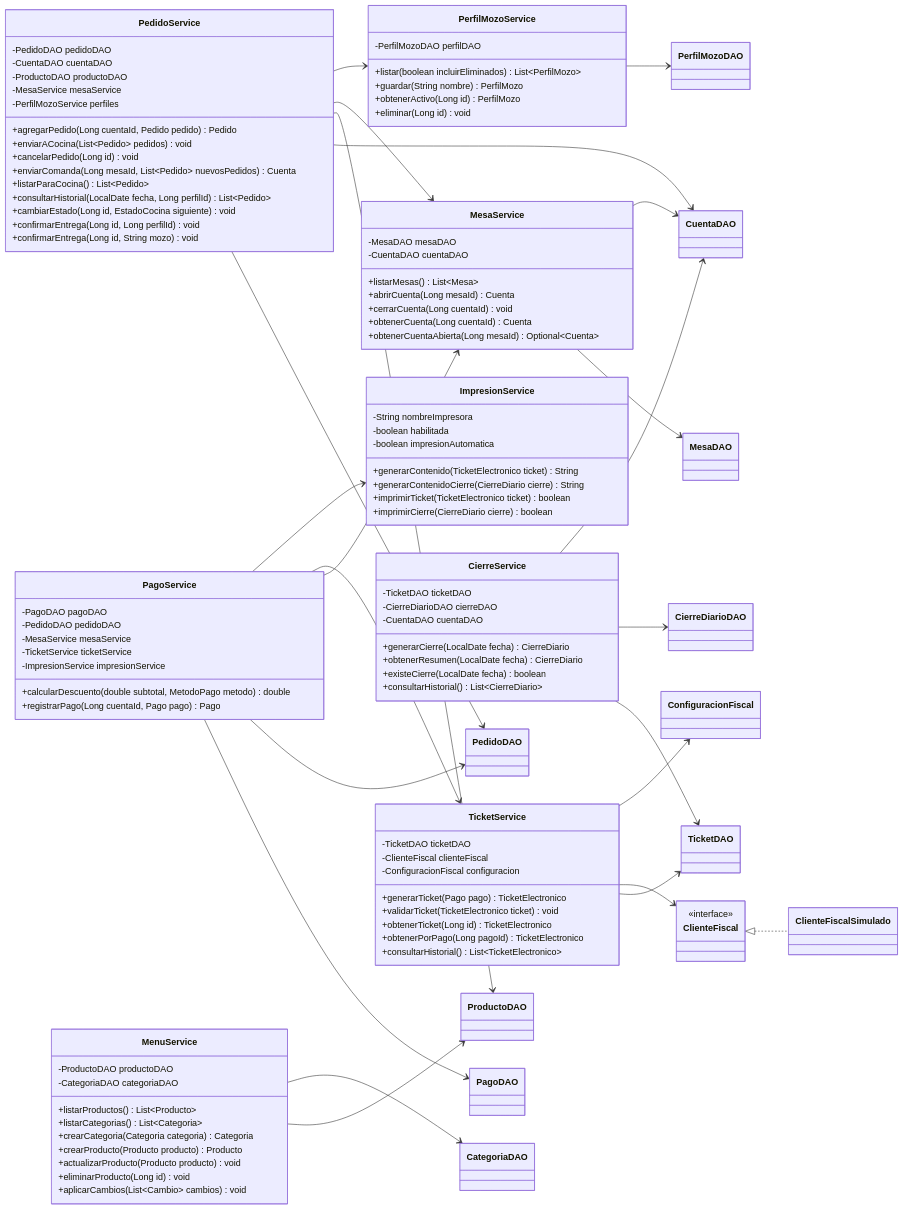
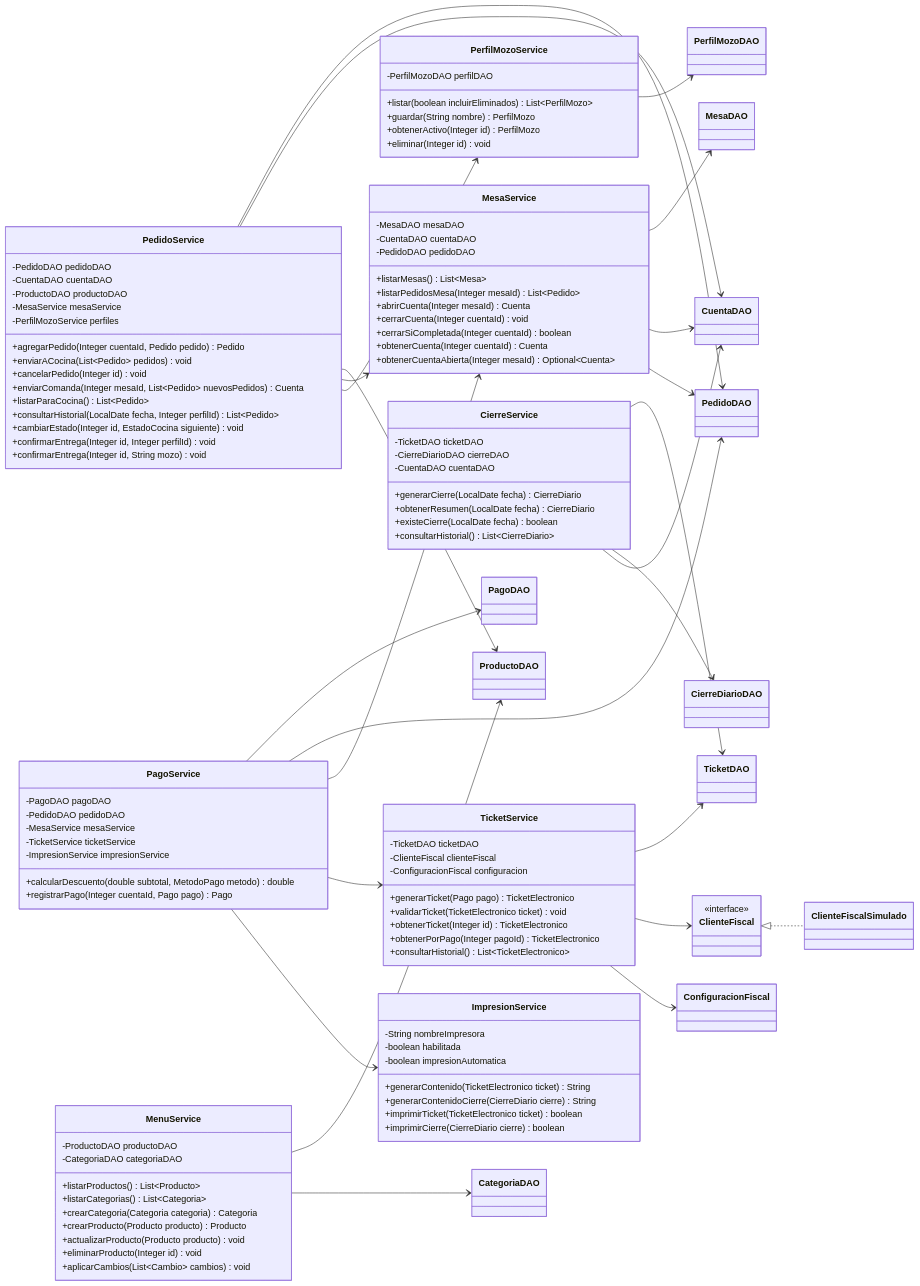
Before and after one commit to BladSector/TrabajoTP_Martes: the diagram in CafeJava/docs/UML-Servicios.md, drawn with Mermaid. The commit also changed other lines of this file and 59 other files, not shown here.

Commit message:
Actualizar UML e identificadores y corregir flujo de pagos y entregas

```diff
--- a/CafeJava/docs/UML-Servicios.md
+++ b/CafeJava/docs/UML-Servicios.md
@@ -15,11 +15,14 @@
     class MesaService {
         -MesaDAO mesaDAO
         -CuentaDAO cuentaDAO
+        -PedidoDAO pedidoDAO
         +listarMesas() List~Mesa~
-        +abrirCuenta(Long mesaId) Cuenta
-        +cerrarCuenta(Long cuentaId) void
-        +obtenerCuenta(Long cuentaId) Cuenta
-        +obtenerCuentaAbierta(Long mesaId) Optional~Cuenta~
+        +listarPedidosMesa(Integer mesaId) List~Pedido~
+        +abrirCuenta(Integer mesaId) Cuenta
+        +cerrarCuenta(Integer cuentaId) void
+        +cerrarSiCompletada(Integer cuentaId) boolean
+        +obtenerCuenta(Integer cuentaId) Cuenta
+        +obtenerCuentaAbierta(Integer mesaId) Optional~Cuenta~
     }
     class MenuService {
         -ProductoDAO productoDAO
@@ -29,15 +32,15 @@
         +crearCategoria(Categoria categoria) Categoria
         +crearProducto(Producto producto) Producto
         +actualizarProducto(Producto producto) void
-        +eliminarProducto(Long id) void
+        +eliminarProducto(Integer id) void
         +aplicarCambios(List~Cambio~ cambios) void
     }
     class PerfilMozoService {
         -PerfilMozoDAO perfilDAO
         +listar(boolean incluirEliminados) List~PerfilMozo~
         +guardar(String nombre) PerfilMozo
-        +obtenerActivo(Long id) PerfilMozo
-        +eliminar(Long id) void
+        +obtenerActivo(Integer id) PerfilMozo
+        +eliminar(Integer id) void
     }
     class PedidoService {
         -PedidoDAO pedidoDAO
@@ -45,15 +48,15 @@
         -ProductoDAO productoDAO
         -MesaService mesaService
         -PerfilMozoService perfiles
-        +agregarPedido(Long cuentaId, Pedido pedido) Pedido
+        +agregarPedido(Integer cuentaId, Pedido pedido) Pedido
         +enviarACocina(List~Pedido~ pedidos) void
-        +cancelarPedido(Long id) void
-        +enviarComanda(Long mesaId, List~Pedido~ nuevosPedidos) Cuenta
+        +cancelarPedido(Integer id) void
+        +enviarComanda(Integer mesaId, List~Pedido~ nuevosPedidos) Cuenta
         +listarParaCocina() List~Pedido~
-        +consultarHistorial(LocalDate fecha, Long perfilId) List~Pedido~
-        +cambiarEstado(Long id, EstadoCocina siguiente) void
-        +confirmarEntrega(Long id, Long perfilId) void
-        +confirmarEntrega(Long id, String mozo) void
+        +consultarHistorial(LocalDate fecha, Integer perfilId) List~Pedido~
+        +cambiarEstado(Integer id, EstadoCocina siguiente) void
+        +confirmarEntrega(Integer id, Integer perfilId) void
+        +confirmarEntrega(Integer id, String mozo) void
     }
     class PagoService {
         -PagoDAO pagoDAO
@@ -62,7 +65,7 @@
         -TicketService ticketService
         -ImpresionService impresionService
         +calcularDescuento(double subtotal, MetodoPago metodo) double
-        +registrarPago(Long cuentaId, Pago pago) Pago
+        +registrarPago(Integer cuentaId, Pago pago) Pago
     }
     class TicketService {
         -TicketDAO ticketDAO
@@ -70,8 +73,8 @@
         -ConfiguracionFiscal configuracion
         +generarTicket(Pago pago) TicketElectronico
         +validarTicket(TicketElectronico ticket) void
-        +obtenerTicket(Long id) TicketElectronico
-        +obtenerPorPago(Long pagoId) TicketElectronico
+        +obtenerTicket(Integer id) TicketElectronico
+        +obtenerPorPago(Integer pagoId) TicketElectronico
         +consultarHistorial() List~TicketElectronico~
     }
     class ImpresionService {
@@ -94,6 +97,7 @@
     }
     MesaService --> MesaDAO
     MesaService --> CuentaDAO
+    MesaService --> PedidoDAO
     MenuService --> ProductoDAO
     MenuService --> CategoriaDAO
     PerfilMozoService --> PerfilMozoDAO
```
